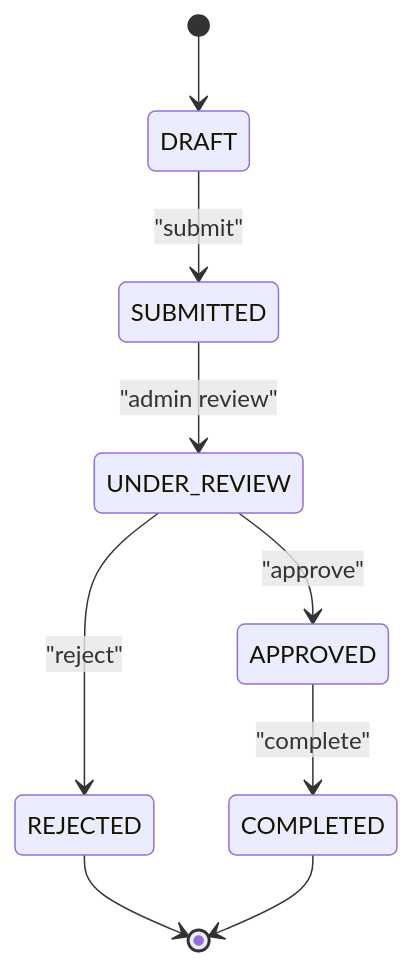
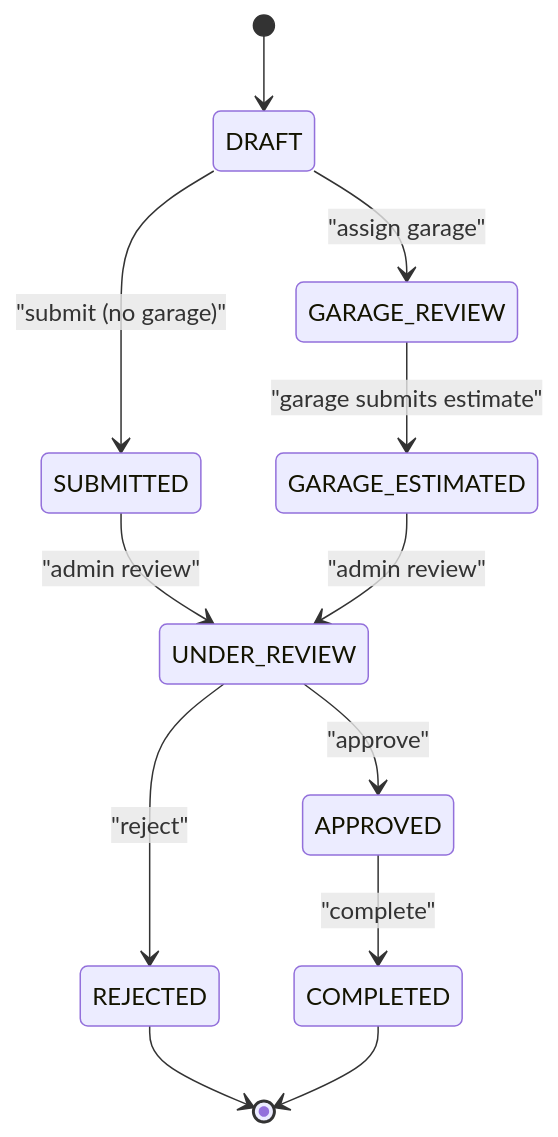
Before and after one commit to NaveenHiranya/Smart-Vehicle-Insurance-Claim-System: the fifth of 8 diagrams in .qoder/repowiki/en/content/Backend Documentation/API Endpoints Reference/Claims Processing Endpoints.md, drawn with Mermaid. The commit also changed other lines of this file and 33 other files, not shown here.

````diff
--- a/.qoder/repowiki/en/content/Backend Documentation/API Endpoints Reference/Claims Processing Endpoints.md
+++ b/.qoder/repowiki/en/content/Backend Documentation/API Endpoints Reference/Claims Processing Endpoints.md
@@ -441,11 +484,14 @@
 ```mermaid
 stateDiagram-v2
 [*] --> DRAFT
-DRAFT --> SUBMITTED : "submit"
+DRAFT --> SUBMITTED : "submit (no garage)"
+DRAFT --> GARAGE_REVIEW : "assign garage"
 SUBMITTED --> UNDER_REVIEW : "admin review"
+GARAGE_REVIEW --> GARAGE_ESTIMATED : "garage submits estimate"
+GARAGE_ESTIMATED --> UNDER_REVIEW : "admin review"
 UNDER_REVIEW --> APPROVED : "approve"
 UNDER_REVIEW --> REJECTED : "reject"
 APPROVED --> COMPLETED : "complete"
 REJECTED --> [*]
 COMPLETED --> [*]
 ```
````
